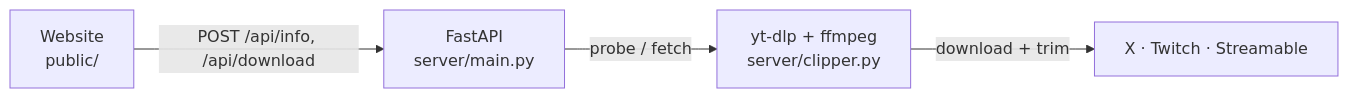
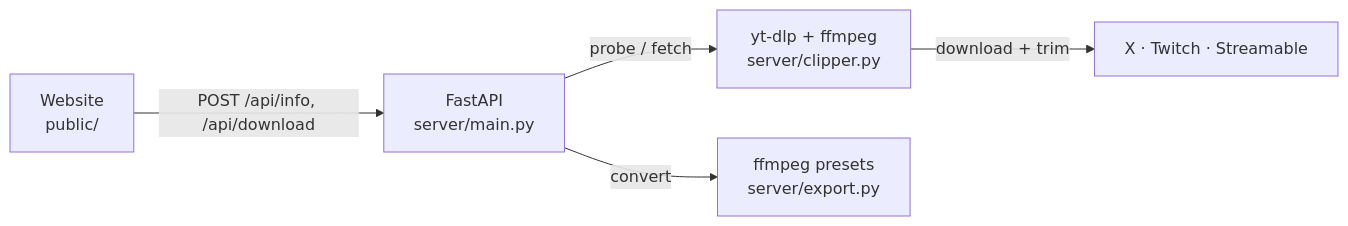
The diagram in README.md (Arav-Arun/ClipGrab), drawn with Mermaid before and after one commit. The commit also changed other lines of this file and 7 other files, not shown here.

First line of the commit message:
Add a visual trimmer, export presets and a new design

````diff
--- a/README.md
+++ b/README.md
@@ -36,6 +53,7 @@
 ```mermaid
 graph LR
     Web["Website<br/>public/"] -->|"POST /api/info, /api/download"| API["FastAPI<br/>server/main.py"]
     API -->|"probe / fetch"| Clipper["yt-dlp + ffmpeg<br/>server/clipper.py"]
     Clipper -->|"download + trim"| Sites["X · Twitch · Streamable"]
+    API -->|"convert"| Export["ffmpeg presets<br/>server/export.py"]
 ```
````
